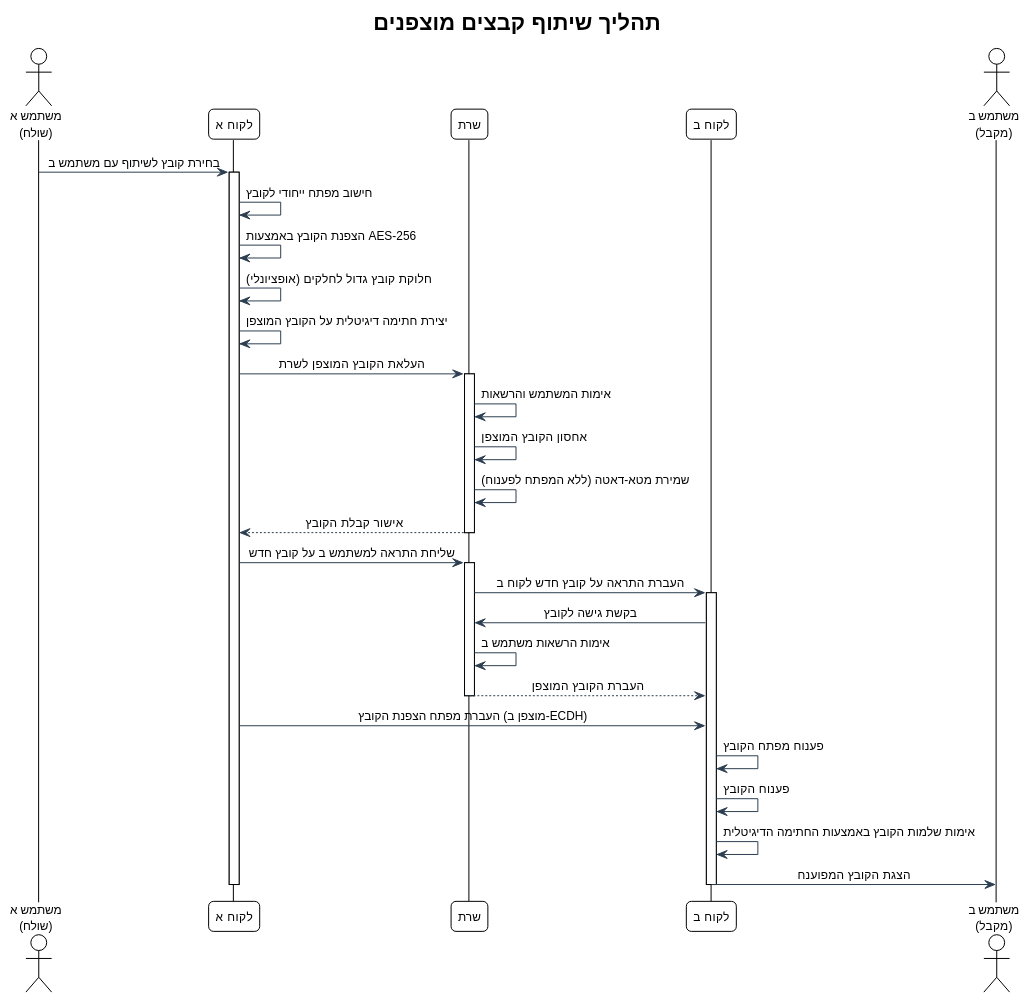
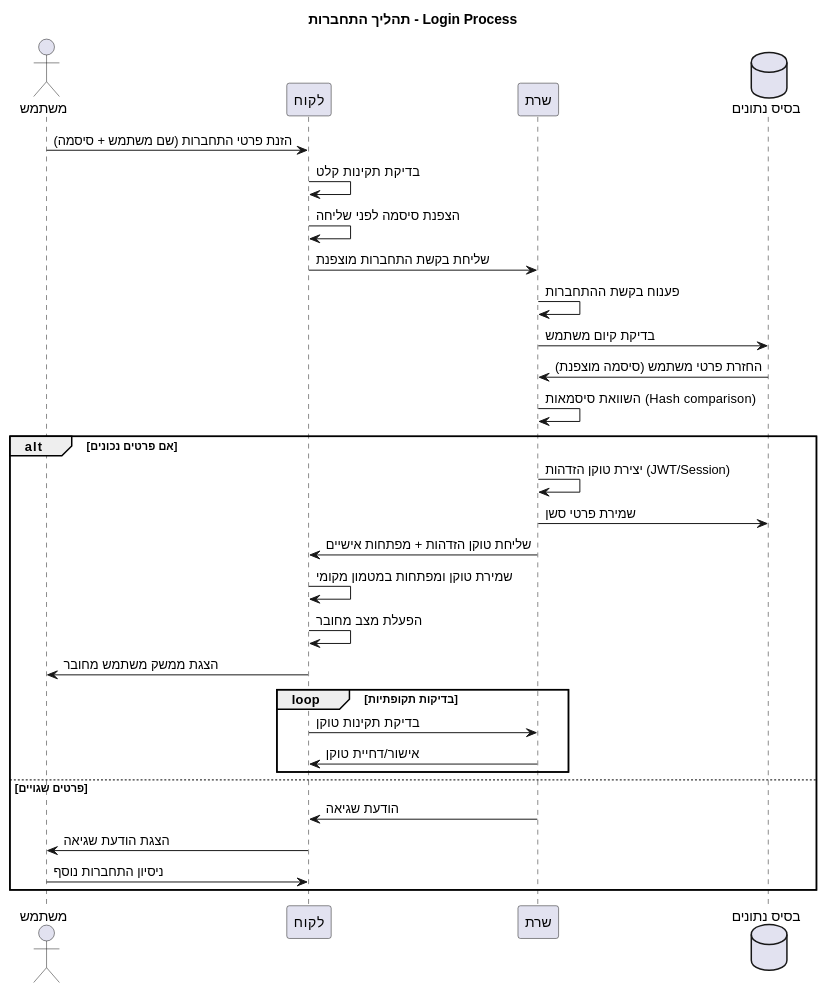
Before and after one commit to ulielmichael/SmallTalk: the diagram in src/main/java/mu/smalltalk/BOOK/Uml-diagram/sequence-diagram.puml, drawn with PlantUML. The commit also changed 7 other files, not shown here.

```diff
--- a/src/main/java/mu/smalltalk/BOOK/Uml-diagram/sequence-diagram.puml
+++ b/src/main/java/mu/smalltalk/BOOK/Uml-diagram/sequence-diagram.puml
@@ -1,54 +1,36 @@
 @startuml
-' תרשים 3: תהליך שיתוף קבצים מוצפנים
-!theme plain
-skinparam backgroundColor white
-skinparam DefaultFontName Arial
-skinparam DefaultFontSize 12
-skinparam SequenceMessageAlignment center
-skinparam RoundCorner 10
-skinparam ArrowColor #2C3E50
-skinparam LifeLineStrategy nosolid
-skinparam SequenceGroupBodyBackgroundColor transparent
+title תהליך התחברות - Login Process
 
-title תהליך שיתוף קבצים מוצפנים
+actor "משתמש" as User
+participant "לקוח" as Client
+participant "שרת" as Server
+database "בסיס נתונים" as DB
 
-actor "משתמש א\n(שולח)" as A
-participant "לקוח א" as CLA
-participant "שרת" as S
-participant "לקוח ב" as CLB
-actor "משתמש ב\n(מקבל)" as B
+User -> Client: הזנת פרטי התחברות (שם משתמש + סיסמה)
+Client -> Client: בדיקת תקינות קלט
+Client -> Client: הצפנת סיסמה לפני שליחה
+Client -> Server: שליחת בקשת התחברות מוצפנת
+Server -> Server: פענוח בקשת ההתחברות
+Server -> DB: בדיקת קיום משתמש
+DB -> Server: החזרת פרטי משתמש (סיסמה מוצפנת)
+Server -> Server: השוואת סיסמאות (Hash comparison)
 
-A -> CLA: בחירת קובץ לשיתוף עם משתמש ב
-activate CLA
+alt אם פרטים נכונים
+    Server -> Server: יצירת טוקן הזדהות (JWT/Session)
+    Server -> DB: שמירת פרטי סשן
+    Server -> Client: שליחת טוקן הזדהות + מפתחות אישיים
+    Client -> Client: שמירת טוקן ומפתחות במטמון מקומי
+    Client -> Client: הפעלת מצב מחובר
+    Client -> User: הצגת ממשק משתמש מחובר
+    
+    loop בדיקות תקופתיות
+        Client -> Server: בדיקת תקינות טוקן
+        Server -> Client: אישור/דחיית טוקן
+    end
+else פרטים שגויים
+    Server -> Client: הודעת שגיאה
+    Client -> User: הצגת הודעת שגיאה
+    User -> Client: ניסיון התחברות נוסף
+end
 
-CLA -> CLA: חישוב מפתח ייחודי לקובץ
-CLA -> CLA: הצפנת הקובץ באמצעות AES-256
-CLA -> CLA: חלוקת קובץ גדול לחלקים (אופציונלי)
-CLA -> CLA: יצירת חתימה דיגיטלית על הקובץ המוצפן
-
-CLA -> S: העלאת הקובץ המוצפן לשרת
-activate S
-S -> S: אימות המשתמש והרשאות
-S -> S: אחסון הקובץ המוצפן
-S -> S: שמירת מטא-דאטה (ללא המפתח לפענוח)
-S --> CLA: אישור קבלת הקובץ
-deactivate S
-
-CLA -> S: שליחת התראה למשתמש ב על קובץ חדש
-activate S
-S -> CLB: העברת התראה על קובץ חדש לקוח ב
-activate CLB
-
-CLB -> S: בקשת גישה לקובץ
-S -> S: אימות הרשאות משתמש ב
-S --> CLB: העברת הקובץ המוצפן
-deactivate S
-
-CLA -> CLB: העברת מפתח הצפנת הקובץ (מוצפן ב-ECDH)
-CLB -> CLB: פענוח מפתח הקובץ
-CLB -> CLB: פענוח הקובץ
-CLB -> CLB: אימות שלמות הקובץ באמצעות החתימה הדיגיטלית
-CLB -> B: הצגת הקובץ המפוענח
-deactivate CLB
-deactivate CLA
 @enduml
```
